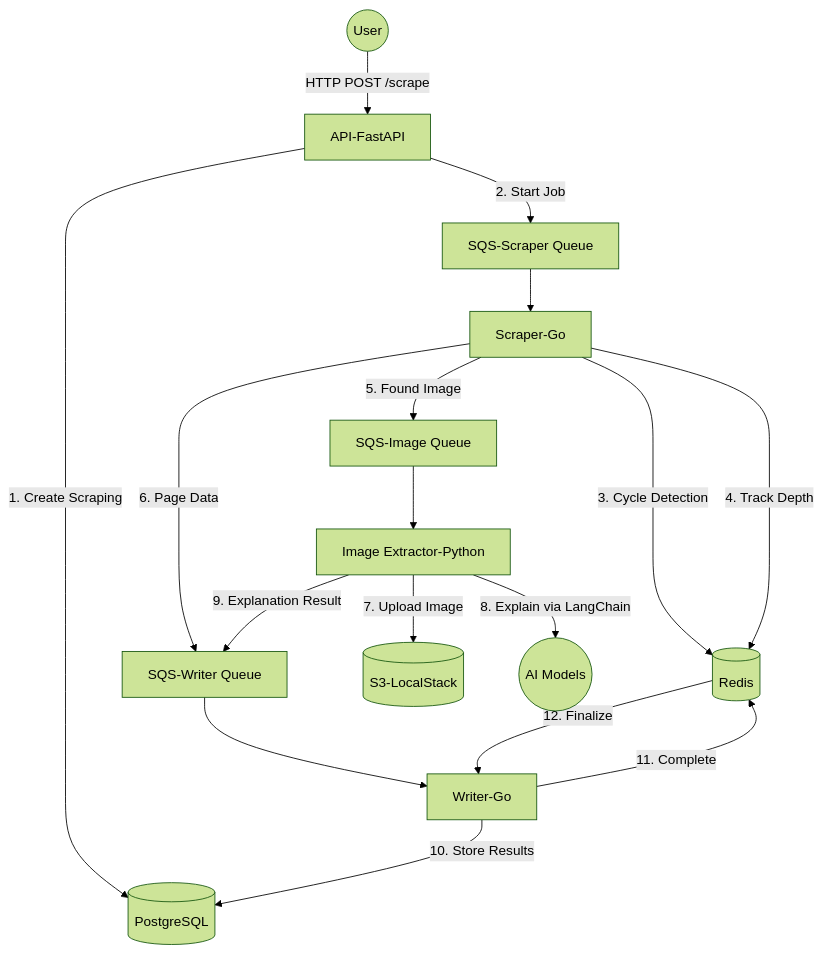
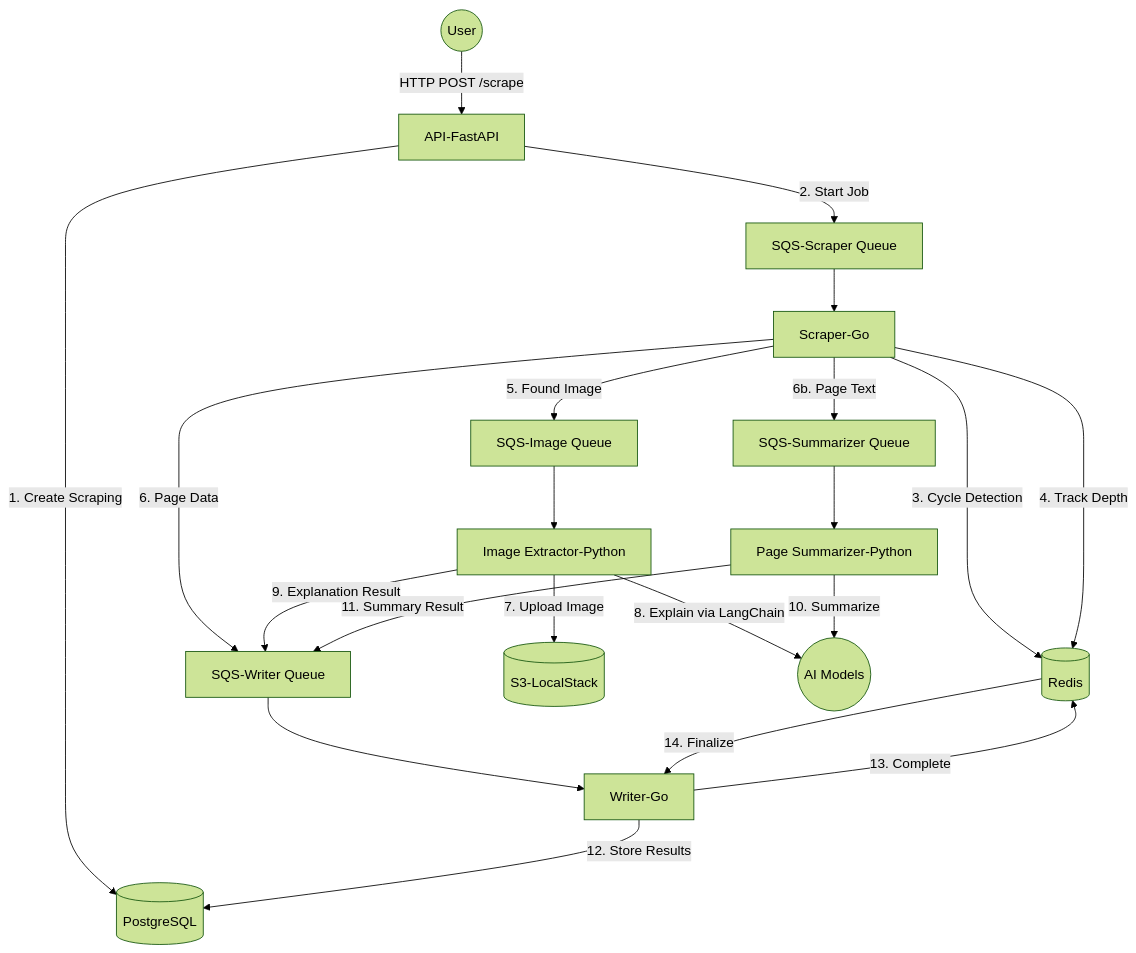
One commit to diegojromerolopez/isidorus-web-scraper changed the diagram in README.md. Above: the diagram before and after it, drawn with Mermaid (forest theme). The commit also changed other lines of this file and 20 other files, not shown here.

Commit message:
feat: page summarizer based on AI

````diff
--- a/README.md
+++ b/README.md
@@ -36,22 +36,27 @@
 ```mermaid
 graph TD
     User((User)) -->|HTTP POST /scrape| API[API-FastAPI]
     API -->|1. Create Scraping| DB[(PostgreSQL)]
     API -->|2. Start Job| SQS_S[SQS-Scraper Queue]
     
     SQS_S --> Scraper[Scraper-Go]
     Scraper -->|3. Cycle Detection| Redis[(Redis)]
     Scraper -->|4. Track Depth| Redis
     Scraper -->|5. Found Image| SQS_I[SQS-Image Queue]
     Scraper -->|6. Page Data| SQS_W[SQS-Writer Queue]
     
     SQS_I --> Extractor[Image Extractor-Python]
     Extractor -->|7. Upload Image| S3[(S3-LocalStack)]
     Extractor -->|8. Explain via LangChain| LLM((AI Models))
     Extractor -->|9. Explanation Result| SQS_W
+
+    Scraper -->|6b. Page Text| SQS_PS[SQS-Summarizer Queue]
+    SQS_PS --> Summarizer[Page Summarizer-Python]
+    Summarizer -->|10. Summarize| LLM
+    Summarizer -->|11. Summary Result| SQS_W
     
     SQS_W --> Writer[Writer-Go]
-    Writer -->|10. Store Results| DB
-    Writer -->|11. Complete| Redis
-    Redis -->|12. Finalize| Writer
+    Writer -->|12. Store Results| DB
+    Writer -->|13. Complete| Redis
+    Redis -->|14. Finalize| Writer
 ```
````
